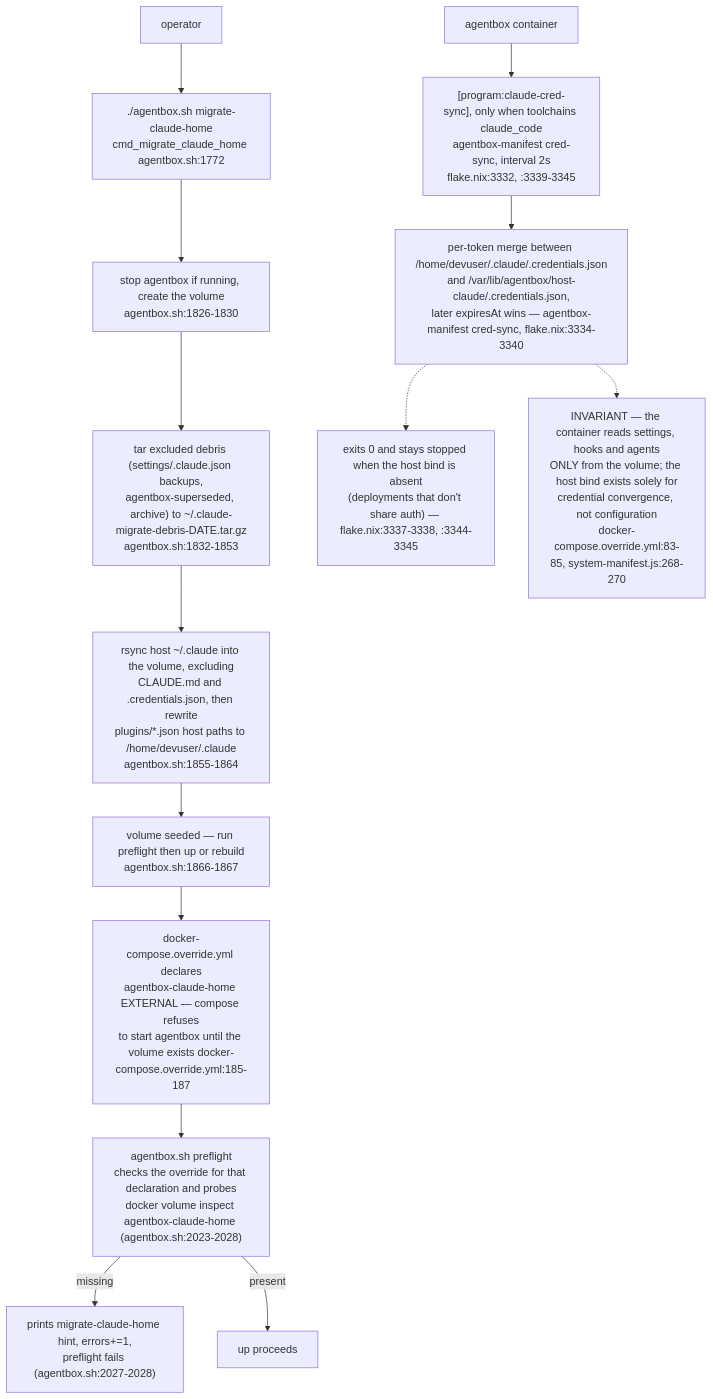
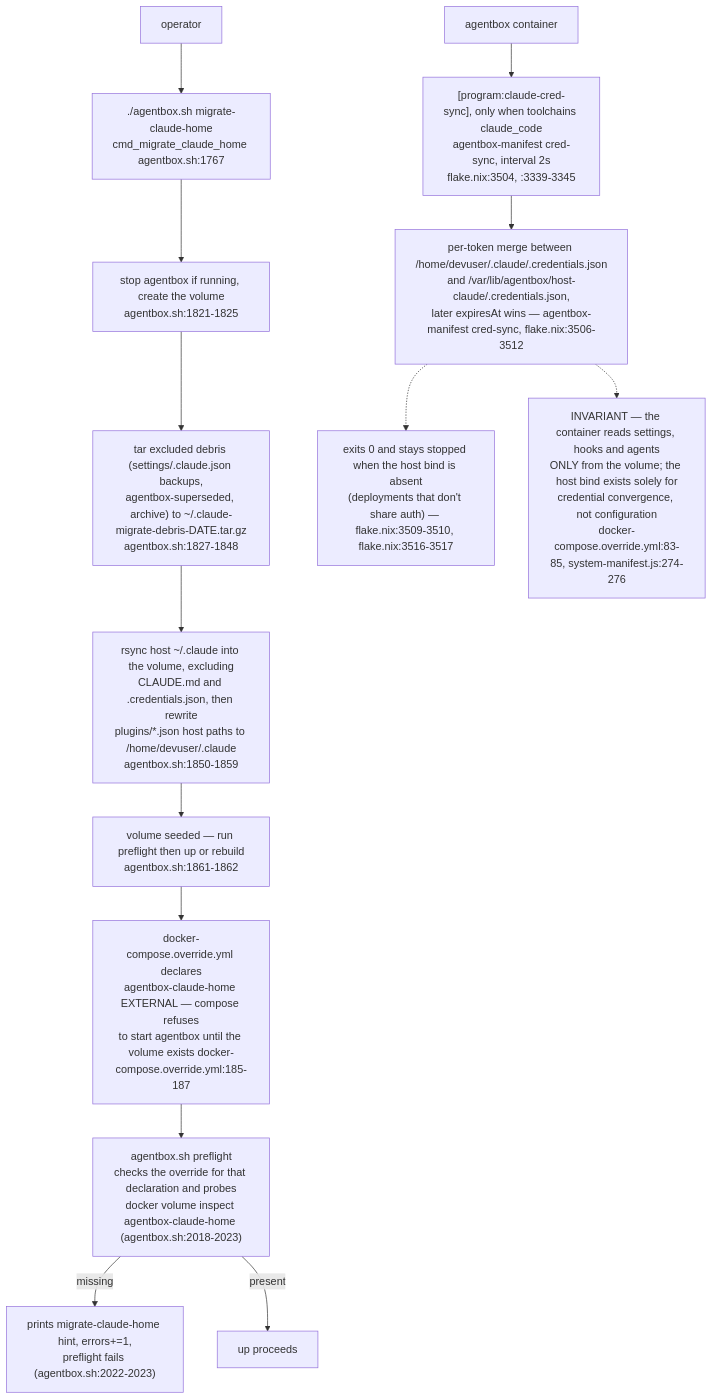
Diagram 11 of 14 in docs/diagrams/agentbox/06-sidecars-and-compose-overlays.md (DreamLab-AI/VisionFlow), drawn with Mermaid before and after one commit. The commit also changed other lines of this file and 7 other files, not shown here.

````diff
--- a/docs/diagrams/agentbox/06-sidecars-and-compose-overlays.md
+++ b/docs/diagrams/agentbox/06-sidecars-and-compose-overlays.md
@@ -324,16 +325,16 @@
 ```mermaid
 flowchart TB
-    DEC["docker-compose.override.yml declares<br/>agentbox-claude-home EXTERNAL — compose refuses<br/>to start agentbox until the volume exists docker-compose.override.yml:185-187"] --> PRE["agentbox.sh preflight<br/>checks the override for that declaration and probes<br/>docker volume inspect agentbox-claude-home (agentbox.sh:2023-2028)"]
-    PRE -->|"missing"| ERR["prints migrate-claude-home hint, errors+=1,<br/>preflight fails (agentbox.sh:2027-2028)"]
+    DEC["docker-compose.override.yml declares<br/>agentbox-claude-home EXTERNAL — compose refuses<br/>to start agentbox until the volume exists docker-compose.override.yml:185-187"] --> PRE["agentbox.sh preflight<br/>checks the override for that declaration and probes<br/>docker volume inspect agentbox-claude-home (agentbox.sh:2018-2023)"]
+    PRE -->|"missing"| ERR["prints migrate-claude-home hint, errors+=1,<br/>preflight fails (agentbox.sh:2022-2023)"]
     PRE -->|"present"| OK["up proceeds"]
-    OP["operator"] --> MIG["./agentbox.sh migrate-claude-home<br/>cmd_migrate_claude_home agentbox.sh:1772"]
-    MIG --> STOP["stop agentbox if running, create the volume<br/>agentbox.sh:1826-1830"]
-    STOP --> DEBRIS["tar excluded debris (settings/.claude.json backups,<br/>agentbox-superseded, archive) to ~/.claude-migrate-debris-DATE.tar.gz<br/>agentbox.sh:1832-1853"]
-    DEBRIS --> RSYNC["rsync host ~/.claude into the volume, excluding<br/>CLAUDE.md and .credentials.json, then rewrite<br/>plugins/*.json host paths to /home/devuser/.claude<br/>agentbox.sh:1855-1864"]
-    RSYNC --> DONE["volume seeded — run preflight then up or rebuild<br/>agentbox.sh:1866-1867"]
+    OP["operator"] --> MIG["./agentbox.sh migrate-claude-home<br/>cmd_migrate_claude_home agentbox.sh:1767"]
+    MIG --> STOP["stop agentbox if running, create the volume<br/>agentbox.sh:1821-1825"]
+    STOP --> DEBRIS["tar excluded debris (settings/.claude.json backups,<br/>agentbox-superseded, archive) to ~/.claude-migrate-debris-DATE.tar.gz<br/>agentbox.sh:1827-1848"]
+    DEBRIS --> RSYNC["rsync host ~/.claude into the volume, excluding<br/>CLAUDE.md and .credentials.json, then rewrite<br/>plugins/*.json host paths to /home/devuser/.claude<br/>agentbox.sh:1850-1859"]
+    RSYNC --> DONE["volume seeded — run preflight then up or rebuild<br/>agentbox.sh:1861-1862"]
     DONE --> DEC
-    AB2["agentbox container"] --> SYNC["[program:claude-cred-sync], only when toolchains claude_code<br/>agentbox-manifest cred-sync, interval 2s<br/>flake.nix:3332, :3339-3345"]
-    SYNC --> MERGE["per-token merge between /home/devuser/.claude/.credentials.json<br/>and /var/lib/agentbox/host-claude/.credentials.json,<br/>later expiresAt wins — agentbox-manifest cred-sync, flake.nix:3334-3340"]
-    MERGE -.-> ABSENT["exits 0 and stays stopped when the host bind is absent<br/>(deployments that don't share auth) — flake.nix:3337-3338, :3344-3345"]
-    MERGE -.-> INV["INVARIANT — the container reads settings, hooks and agents<br/>ONLY from the volume; the host bind exists solely for<br/>credential convergence, not configuration<br/>docker-compose.override.yml:83-85, system-manifest.js:268-270"]
+    AB2["agentbox container"] --> SYNC["[program:claude-cred-sync], only when toolchains claude_code<br/>agentbox-manifest cred-sync, interval 2s<br/>flake.nix:3504, :3339-3345"]
+    SYNC --> MERGE["per-token merge between /home/devuser/.claude/.credentials.json<br/>and /var/lib/agentbox/host-claude/.credentials.json,<br/>later expiresAt wins — agentbox-manifest cred-sync, flake.nix:3506-3512"]
+    MERGE -.-> ABSENT["exits 0 and stays stopped when the host bind is absent<br/>(deployments that don't share auth) — flake.nix:3509-3510, flake.nix:3516-3517"]
+    MERGE -.-> INV["INVARIANT — the container reads settings, hooks and agents<br/>ONLY from the volume; the host bind exists solely for<br/>credential convergence, not configuration<br/>docker-compose.override.yml:83-85, system-manifest.js:274-276"]
 ```
````
